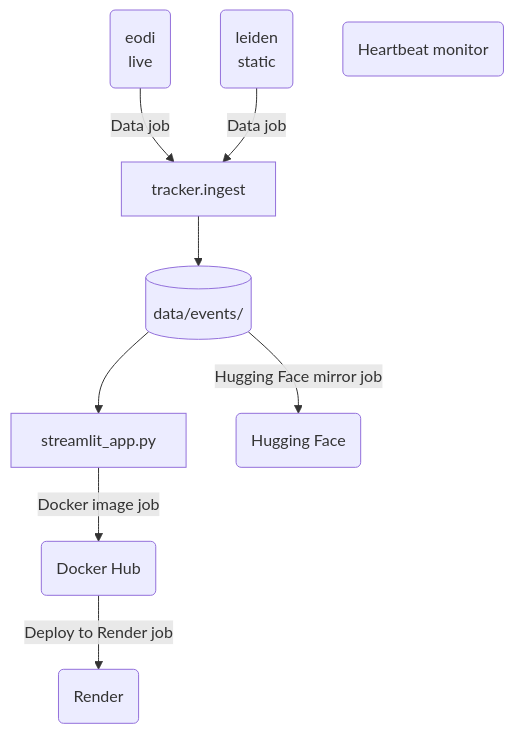
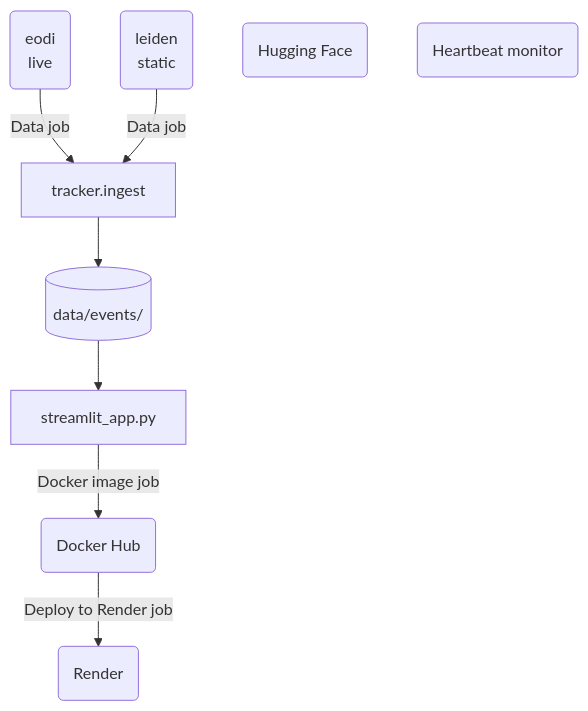
Before and after one commit to tryph0n/hybrid-tracker: the first of 3 diagrams in docs/architecture.md, drawn with Mermaid. The commit also changed other lines of this file and 11 other files, not shown here.

````diff
--- a/docs/architecture.md
+++ b/docs/architecture.md
@@ -27,19 +27,18 @@
 ```mermaid
 flowchart TB
   source_eodi("eodi<br/>live")
   source_leiden("leiden<br/>static")
   ingest["tracker.ingest"]
   events[("data/events/")]
   app["streamlit_app.py"]
   service_Docker_Hub("Docker Hub")
   service_Render("Render")
   service_Hugging_Face("Hugging Face")
   service_Heartbeat_monitor("Heartbeat monitor")
   source_eodi -->|"Data job"| ingest
   source_leiden -->|"Data job"| ingest
   ingest --> events
   events --> app
   app -->|"Docker image job"| service_Docker_Hub
   service_Docker_Hub -->|"Deploy to Render job"| service_Render
-  events -->|"Hugging Face mirror job"| service_Hugging_Face
 ```
````
